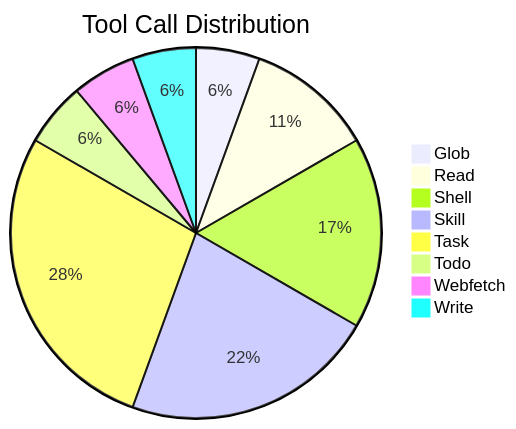
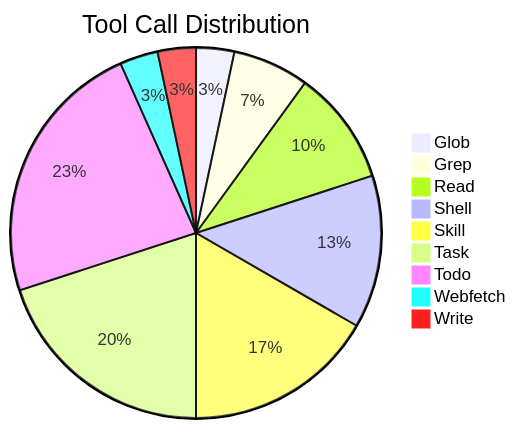
One commit to Cogni-AI-OU/cogni-ai-agent-skills changed the first of 11 diagrams in agent-log-analysis/SKILL.md. Above: the diagram before and after it, drawn with Mermaid. The commit also changed other lines of this file, not shown here.

Commit message:
Update tool call distribution and mindmap in SKILL.md

````diff
--- a/agent-log-analysis/SKILL.md
+++ b/agent-log-analysis/SKILL.md
@@ -148,11 +148,12 @@
 ```mermaid
 pie title Tool Call Distribution
     "Glob" : 1
-    "Read" : 2
-    "Shell" : 3
-    "Skill" : 4
-    "Task" : 5
-    "Todo" : 1
+    "Grep": 2
+    "Read" : 3
+    "Shell" : 4
+    "Skill" : 5
+    "Task" : 6
+    "Todo" : 7
     "Webfetch": 1
     "Write": 1
 ```
````
